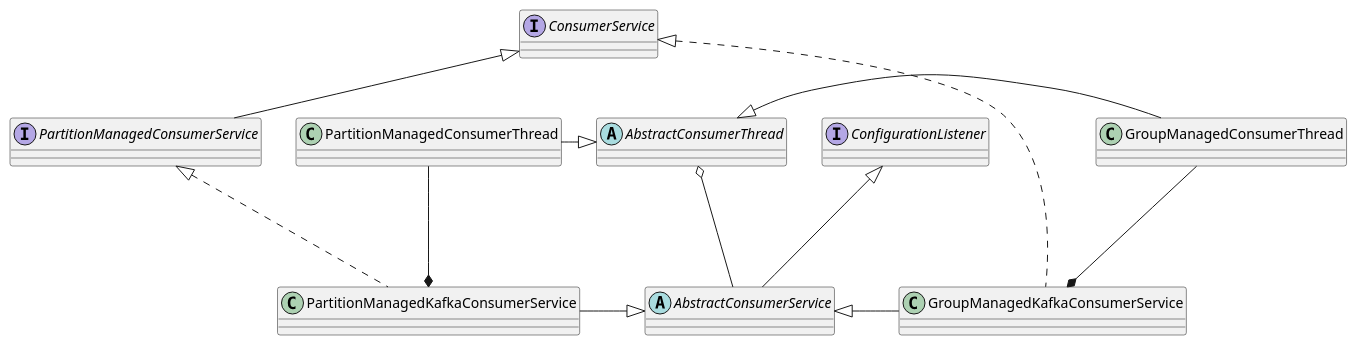
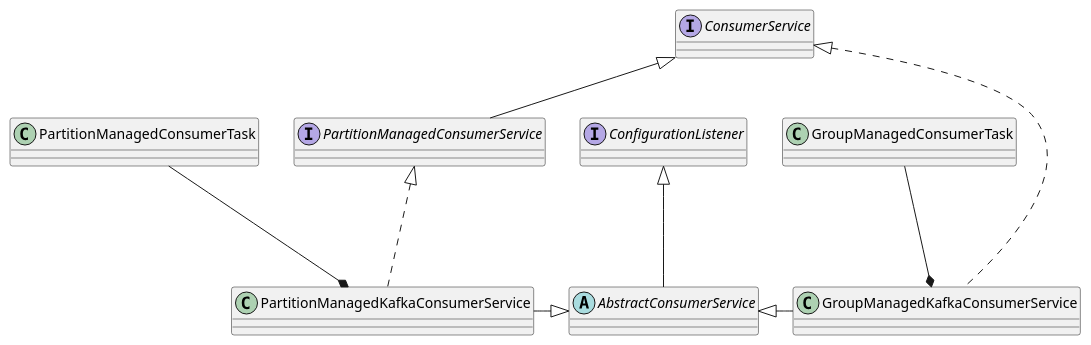
One commit to Rubik0000/kafka-framework-demo changed the diagram in diagrams/classes/ConsumerClasses.puml. Above: the diagram before and after it, drawn with PlantUML. The commit also changed 27 other files, not shown here.

```diff
--- a/diagrams/classes/ConsumerClasses.puml
+++ b/diagrams/classes/ConsumerClasses.puml
@@ -1,26 +1,21 @@
 @startuml
 skinparam shadowing false
 
 interface ConsumerService
 interface PartitionManagedConsumerService
 interface ConfigurationListener
 abstract AbstractConsumerService
-abstract AbstractConsumerThread
 
 ConsumerService <|-- PartitionManagedConsumerService
 ConsumerService <|.. GroupManagedKafkaConsumerService
 PartitionManagedConsumerService <|..down- PartitionManagedKafkaConsumerService
 
 AbstractConsumerService -up--|> ConfigurationListener
 GroupManagedKafkaConsumerService -left--|> AbstractConsumerService
 PartitionManagedKafkaConsumerService -right--|> AbstractConsumerService
 
-GroupManagedConsumerThread -left--|> AbstractConsumerThread
-PartitionManagedConsumerThread -right--|> AbstractConsumerThread
-
-AbstractConsumerService -up--o AbstractConsumerThread
-GroupManagedConsumerThread -down--* GroupManagedKafkaConsumerService
-PartitionManagedConsumerThread -down--* PartitionManagedKafkaConsumerService
+GroupManagedConsumerTask -down--* GroupManagedKafkaConsumerService
+PartitionManagedConsumerTask -down--* PartitionManagedKafkaConsumerService
 
 
 @enduml
```
